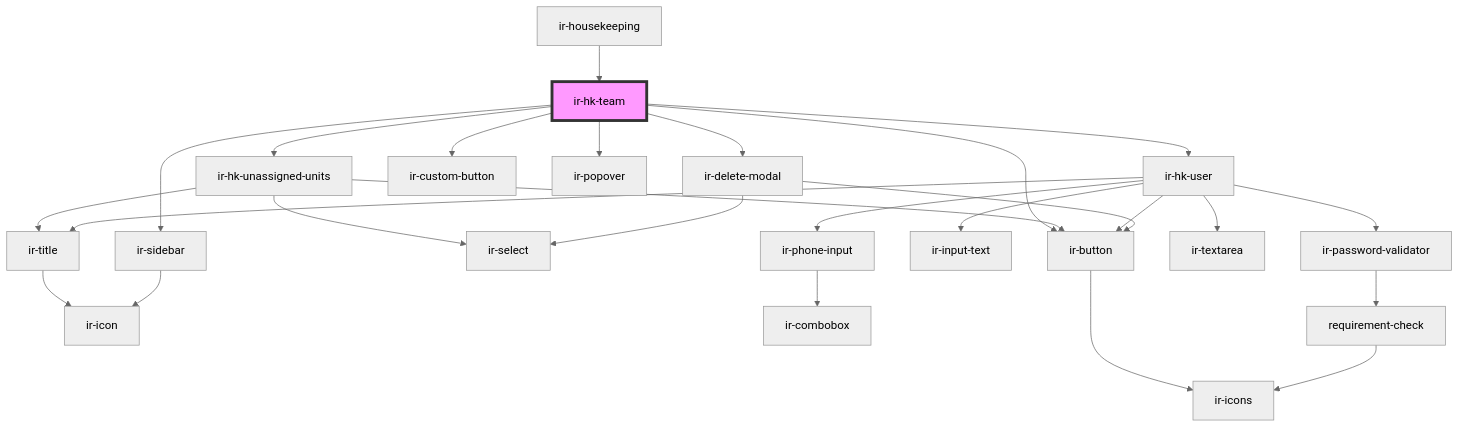
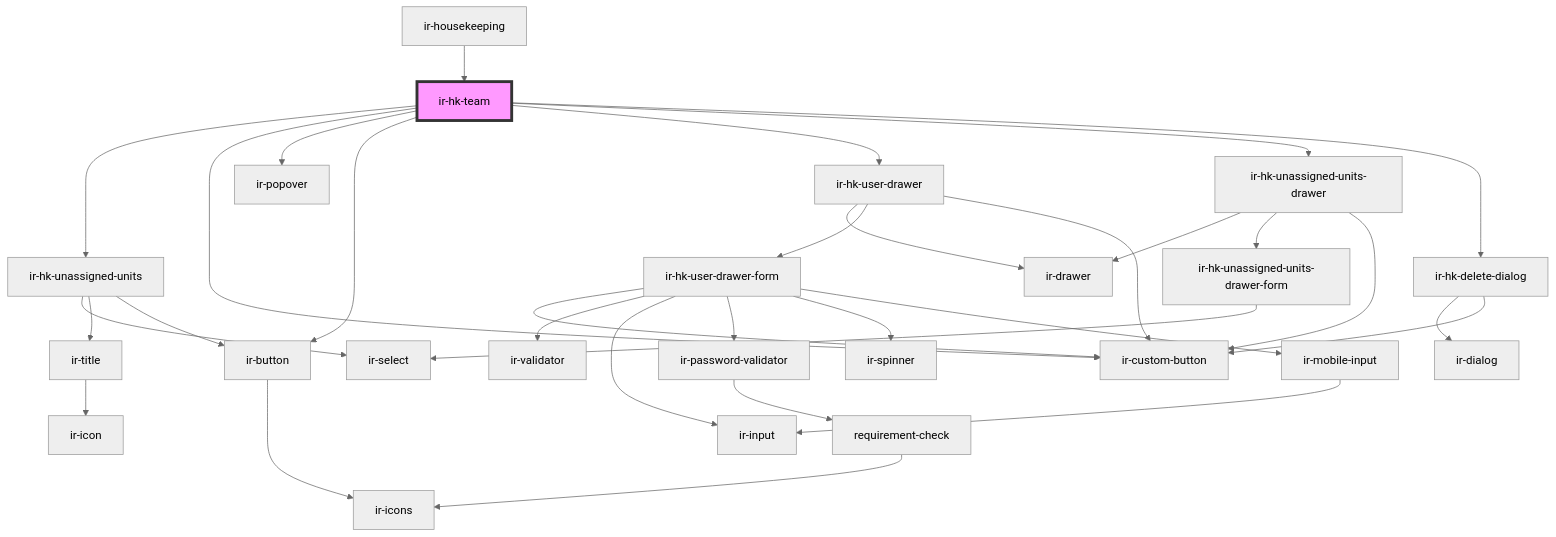
One commit to RonyRizk/ir-webcmp changed the diagram in src/components/ir-housekeeping/ir-hk-team/readme.md. Above: the diagram before and after it, drawn with Mermaid (neutral theme). The commit also changed other lines of this file and 54 other files, not shown here.

````diff
--- a/src/components/ir-housekeeping/ir-hk-team/readme.md
+++ b/src/components/ir-housekeeping/ir-hk-team/readme.md
@@ -25,29 +25,35 @@
 ```mermaid
 graph TD;
   ir-hk-team --> ir-hk-unassigned-units
-  ir-hk-team --> ir-hk-user
   ir-hk-team --> ir-custom-button
   ir-hk-team --> ir-popover
   ir-hk-team --> ir-button
-  ir-hk-team --> ir-sidebar
-  ir-hk-team --> ir-delete-modal
+  ir-hk-team --> ir-hk-user-drawer
+  ir-hk-team --> ir-hk-unassigned-units-drawer
+  ir-hk-team --> ir-hk-delete-dialog
   ir-hk-unassigned-units --> ir-select
   ir-hk-unassigned-units --> ir-title
   ir-hk-unassigned-units --> ir-button
   ir-title --> ir-icon
   ir-button --> ir-icons
-  ir-hk-user --> ir-title
-  ir-hk-user --> ir-input-text
-  ir-hk-user --> ir-phone-input
-  ir-hk-user --> ir-textarea
-  ir-hk-user --> ir-password-validator
-  ir-hk-user --> ir-button
-  ir-phone-input --> ir-combobox
+  ir-hk-user-drawer --> ir-drawer
+  ir-hk-user-drawer --> ir-hk-user-drawer-form
+  ir-hk-user-drawer --> ir-custom-button
+  ir-hk-user-drawer-form --> ir-custom-button
+  ir-hk-user-drawer-form --> ir-validator
+  ir-hk-user-drawer-form --> ir-input
+  ir-hk-user-drawer-form --> ir-password-validator
+  ir-hk-user-drawer-form --> ir-spinner
+  ir-hk-user-drawer-form --> ir-mobile-input
   ir-password-validator --> requirement-check
   requirement-check --> ir-icons
-  ir-sidebar --> ir-icon
-  ir-delete-modal --> ir-button
-  ir-delete-modal --> ir-select
+  ir-mobile-input --> ir-input
+  ir-hk-unassigned-units-drawer --> ir-drawer
+  ir-hk-unassigned-units-drawer --> ir-hk-unassigned-units-drawer-form
+  ir-hk-unassigned-units-drawer --> ir-custom-button
+  ir-hk-unassigned-units-drawer-form --> ir-select
+  ir-hk-delete-dialog --> ir-dialog
+  ir-hk-delete-dialog --> ir-custom-button
   ir-housekeeping --> ir-hk-team
   style ir-hk-team fill:#f9f,stroke:#333,stroke-width:4px
 ```
````
